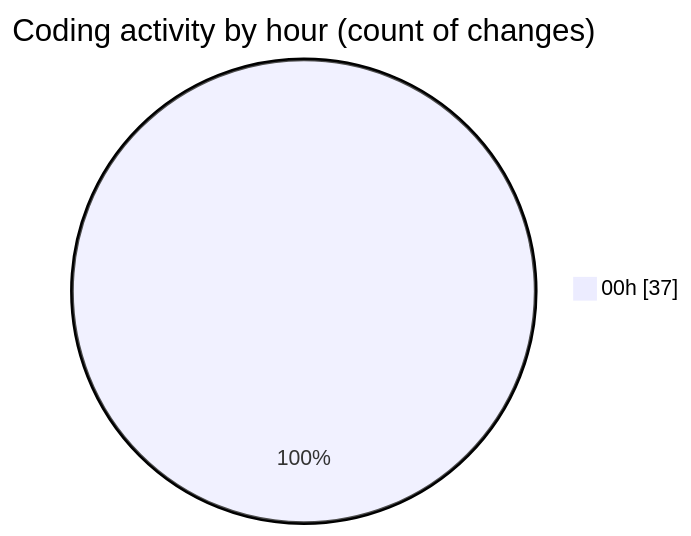
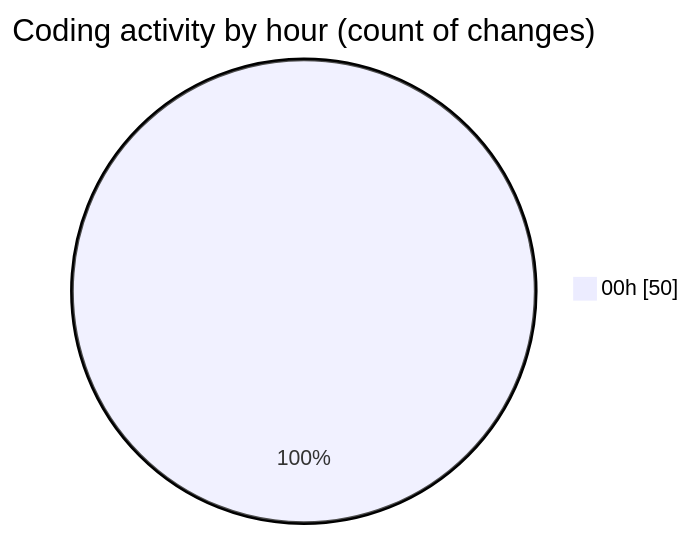
Before and after one commit to lephambinh05/code-tracking: the second of 2 diagrams in 2025-07-26/quanlyrapchieuphim-1/README.md, drawn with Mermaid. The commit also changed other lines of this file and 1 other file, not shown here.

````diff
--- a/2025-07-26/quanlyrapchieuphim-1/README.md
+++ b/2025-07-26/quanlyrapchieuphim-1/README.md
@@ -33,5 +33,5 @@
 ```mermaid
 pie showData
 title Coding activity by hour (count of changes)
-"00h" : 37
+"00h" : 50
 ```
````
